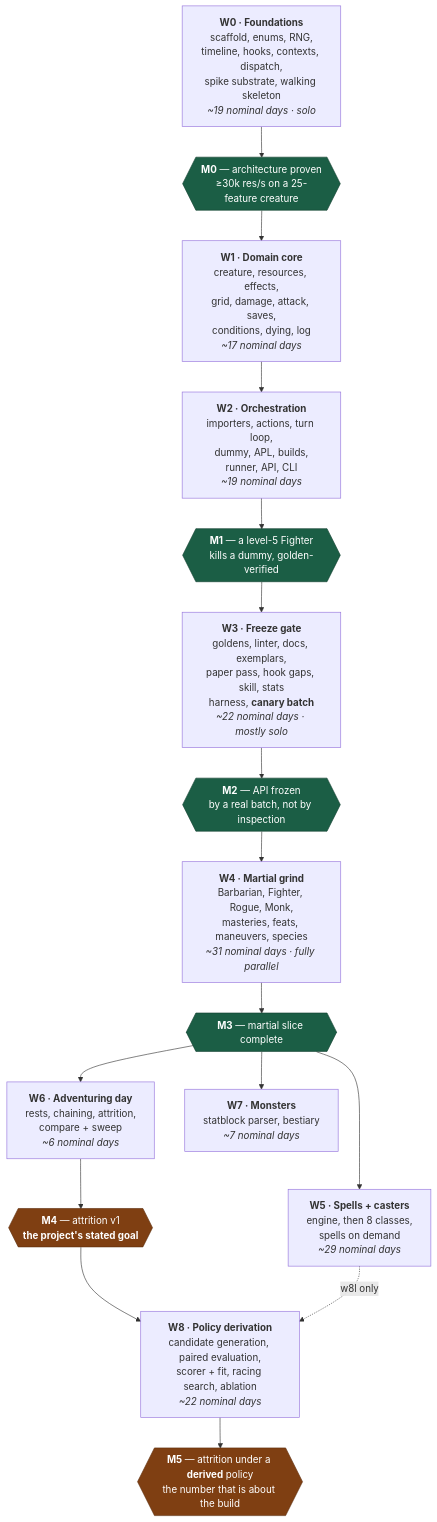
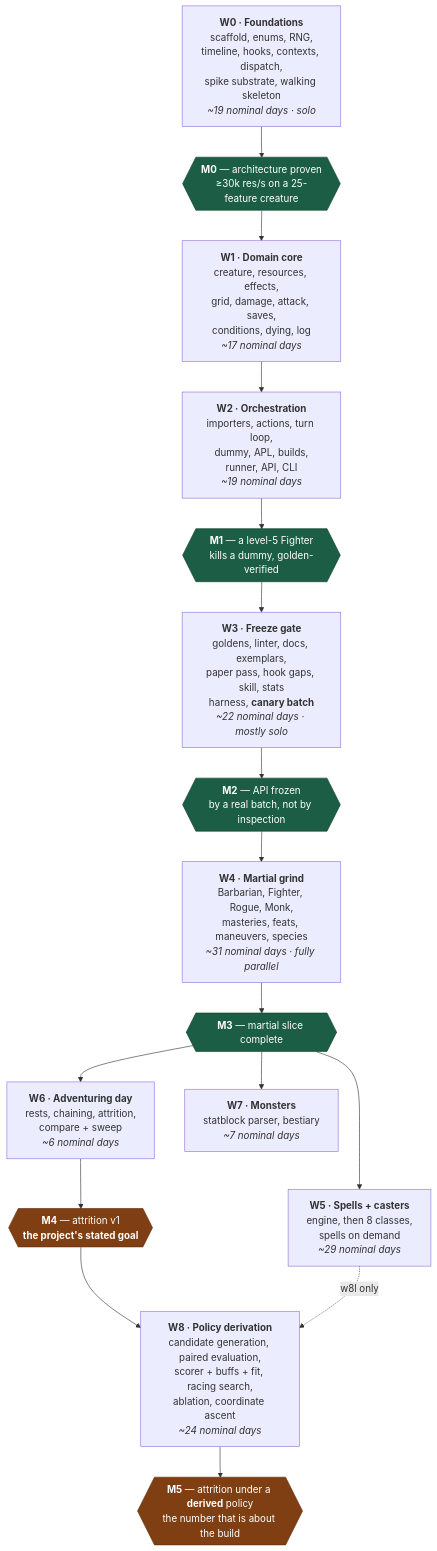
Before and after one commit to Luguza/DnD-Simulator: the diagram in ROADMAP.md, drawn with Mermaid. The commit also changed other lines of this file and 2 other files, not shown here.

````diff
--- a/ROADMAP.md
+++ b/ROADMAP.md
@@ -72,30 +78,30 @@
 ```mermaid
 flowchart TD
     W0["<b>W0 · Foundations</b><br/>scaffold, enums, RNG,<br/>timeline, hooks, contexts, dispatch,<br/>spike substrate, walking skeleton<br/><i>~19 nominal days · solo</i>"]
     M0{{"<b>M0</b> — architecture proven<br/>≥30k res/s on a 25-feature creature"}}
     W1["<b>W1 · Domain core</b><br/>creature, resources, effects,<br/>grid, damage, attack, saves,<br/>conditions, dying, log<br/><i>~17 nominal days</i>"]
     W2["<b>W2 · Orchestration</b><br/>importers, actions, turn loop,<br/>dummy, APL, builds,<br/>runner, API, CLI<br/><i>~19 nominal days</i>"]
     M1{{"<b>M1</b> — a level-5 Fighter<br/>kills a dummy, golden-verified"}}
     W3["<b>W3 · Freeze gate</b><br/>goldens, linter, docs, exemplars,<br/>paper pass, hook gaps, skill, stats<br/>harness, <b>canary batch</b><br/><i>~22 nominal days · mostly solo</i>"]
     M2{{"<b>M2</b> — API frozen<br/>by a real batch, not by inspection"}}
     W4["<b>W4 · Martial grind</b><br/>Barbarian, Fighter, Rogue, Monk,<br/>masteries, feats, maneuvers, species<br/><i>~31 nominal days · fully parallel</i>"]
     M3{{"<b>M3</b> — martial slice complete"}}
     W5["<b>W5 · Spells + casters</b><br/>engine, then 8 classes,<br/>spells on demand<br/><i>~29 nominal days</i>"]
     W6["<b>W6 · Adventuring day</b><br/>rests, chaining, attrition,<br/>compare + sweep<br/><i>~6 nominal days</i>"]
     M4{{"<b>M4</b> — attrition v1<br/><b>the project's stated goal</b>"}}
     W7["<b>W7 · Monsters</b><br/>statblock parser, bestiary<br/><i>~7 nominal days</i>"]
-    W8["<b>W8 · Policy derivation</b><br/>candidate generation, paired evaluation,<br/>scorer + fit, racing search, ablation<br/><i>~22 nominal days</i>"]
+    W8["<b>W8 · Policy derivation</b><br/>candidate generation, paired evaluation,<br/>scorer + buffs + fit, racing search,<br/>ablation, coordinate ascent<br/><i>~24 nominal days</i>"]
     M5{{"<b>M5</b> — attrition under a <b>derived</b> policy<br/>the number that is about the build"}}
 
     W0 --> M0 --> W1 --> W2 --> M1 --> W3 --> M2 --> W4 --> M3
     M3 --> W5
     M3 --> W6 --> M4
     M3 --> W7
     M4 --> W8 --> M5
     W5 -.->|"w8l only"| W8
 
     classDef gate fill:#1b5e45,stroke:#123f2f,color:#ffffff;
     classDef goal fill:#7f3f12,stroke:#5c2d0d,color:#ffffff;
     class M0,M1,M2,M3 gate;
     class M4,M5 goal;
 ```
````
